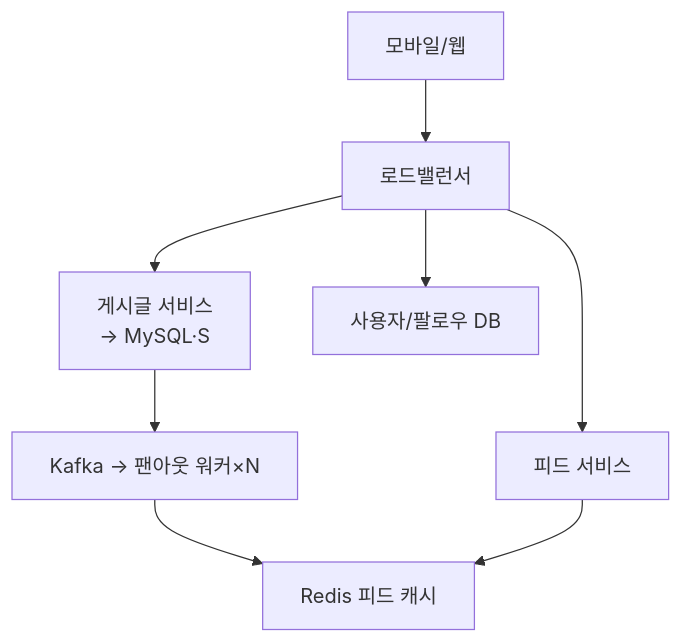
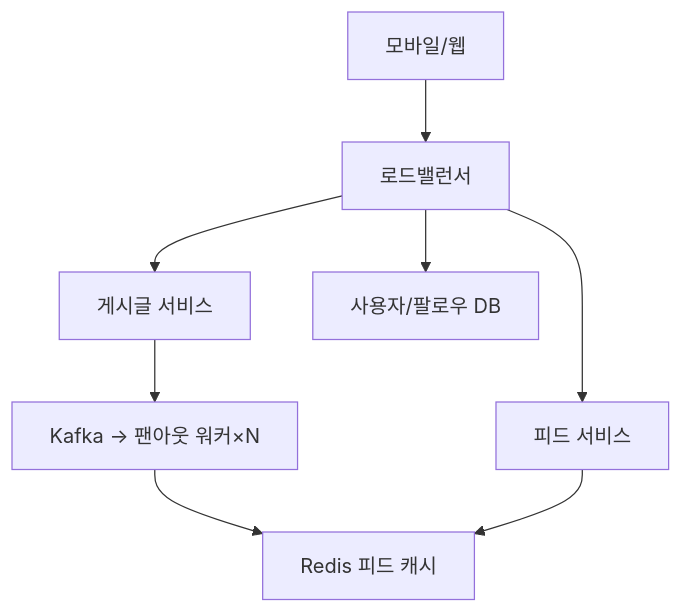
The fourth of 6 diagrams in _posts/systemdesign/2026-05-02-system-design-newsfeed.md (yjkim2015/yjkim2015.github.io), drawn with Mermaid before and after one commit. The commit also changed other lines of this file and 217 other files, not shown here.

First line of the commit message:
Mermaid 크기 수정: useMaxWidth:true + SVG max-width:100% + 라벨 축소

````diff
--- a/_posts/systemdesign/2026-05-02-system-design-newsfeed.md
+++ b/_posts/systemdesign/2026-05-02-system-design-newsfeed.md
@@ -109,10 +109,10 @@
 ```mermaid
 graph TD
     Client["모바일/웹"] --> LB["로드밸런서"]
-    LB --> PostSvc["게시글 서비스\n→ MySQL·S"]
+    LB --> PostSvc["게시글 서비스"]
     LB --> FeedSvc["피드 서비스"]
     LB --> UserSvc["사용자/팔로우 DB"]
     PostSvc --> Kafka["Kafka → 팬아웃 워커×N"]
     Kafka --> FeedCache["Redis 피드 캐시"]
     FeedSvc --> FeedCache
 ```
````
